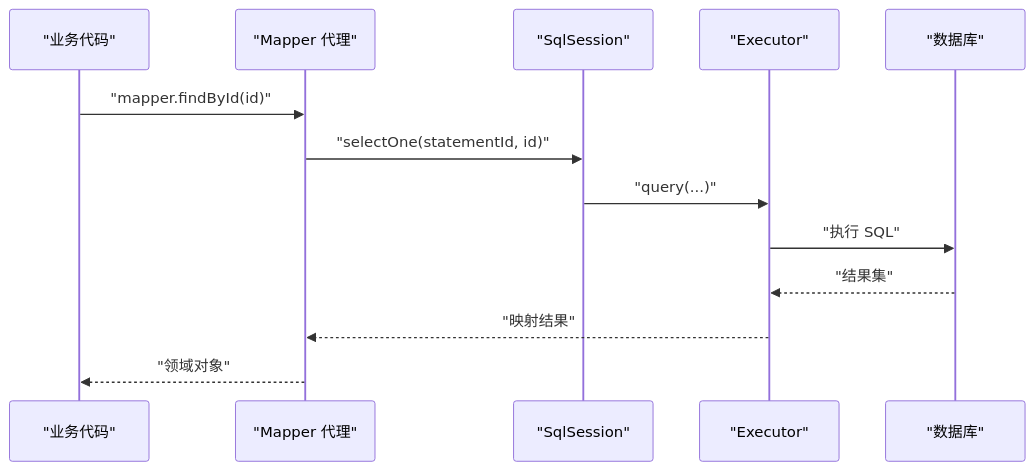
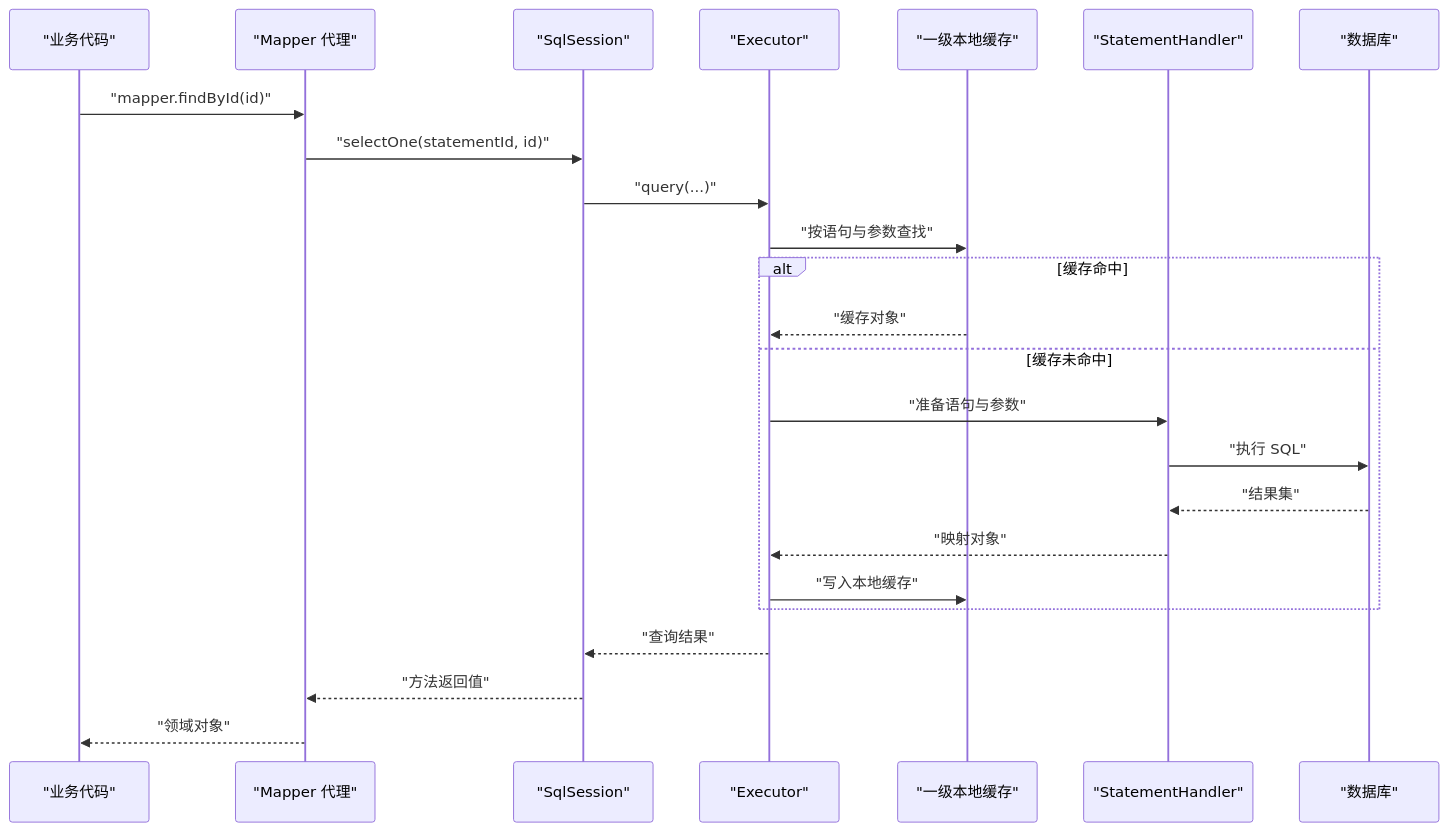
One commit to pvisanhash/toStudyCode changed diagram 32 of 33 in Note/DesignPattern设计模式学习/23种设计模式精讲.md. Above: the diagram before and after it, drawn with Mermaid. The commit also changed other lines of this file and 9 other files, not shown here.

````diff
--- a/Note/DesignPattern设计模式学习/23种设计模式精讲.md
+++ b/Note/DesignPattern设计模式学习/23种设计模式精讲.md
@@ -2723,15 +2952,26 @@
 ```mermaid
 sequenceDiagram
     participant C as "业务代码"
     participant P as "Mapper 代理"
     participant S as "SqlSession"
     participant E as "Executor"
+    participant L as "一级本地缓存"
+    participant H as "StatementHandler"
     participant D as "数据库"
     C->>P: "mapper.findById(id)"
     P->>S: "selectOne(statementId, id)"
     S->>E: "query(...)"
-    E->>D: "执行 SQL"
-    D-->>E: "结果集"
-    E-->>P: "映射结果"
+    E->>L: "按语句与参数查找"
+    alt 缓存命中
+        L-->>E: "缓存对象"
+    else 缓存未命中
+        E->>H: "准备语句与参数"
+        H->>D: "执行 SQL"
+        D-->>H: "结果集"
+        H-->>E: "映射对象"
+        E->>L: "写入本地缓存"
+    end
+    E-->>S: "查询结果"
+    S-->>P: "方法返回值"
     P-->>C: "领域对象"
 ```
````
